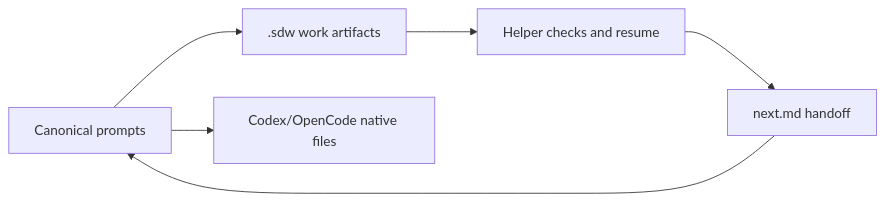
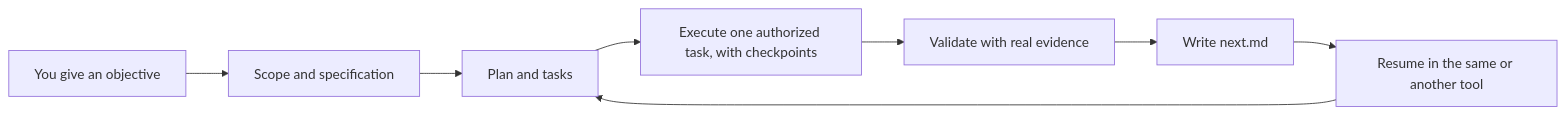
Before and after one commit to roperi/spec-driven-workflow: the diagram in README.md, drawn with Mermaid. The commit also changed other lines of this file and 5 other files, not shown here.

````diff
--- a/README.md
+++ b/README.md
@@ -6,8 +78,10 @@
 ```mermaid
 flowchart LR
-  A[Canonical prompts] --> B[.sdw work artifacts]
-  B --> C[Helper checks and resume]
-  A --> D[Codex/OpenCode native files]
-  C --> E[next.md handoff]
-  E --> A
+  A[You give an objective] --> B[Scope and specification]
+  B --> C[Plan and tasks]
+  C --> D[Execute one authorized task, with checkpoints]
+  D --> E[Validate with real evidence]
+  E --> F[Write next.md]
+  F --> G[Resume in the same or another tool]
+  G --> C
 ```
````
